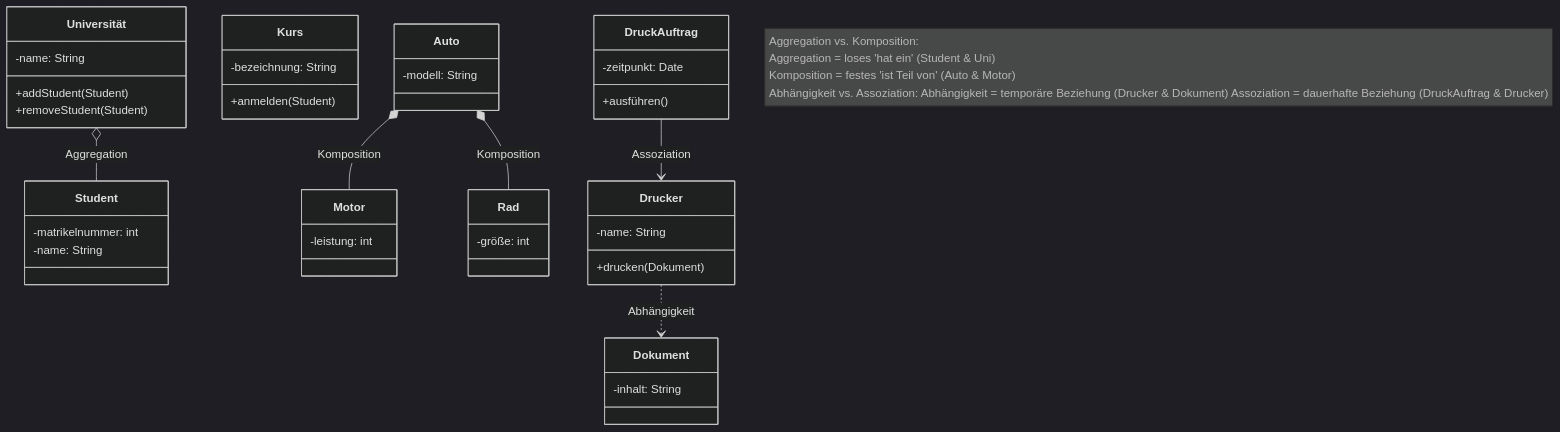
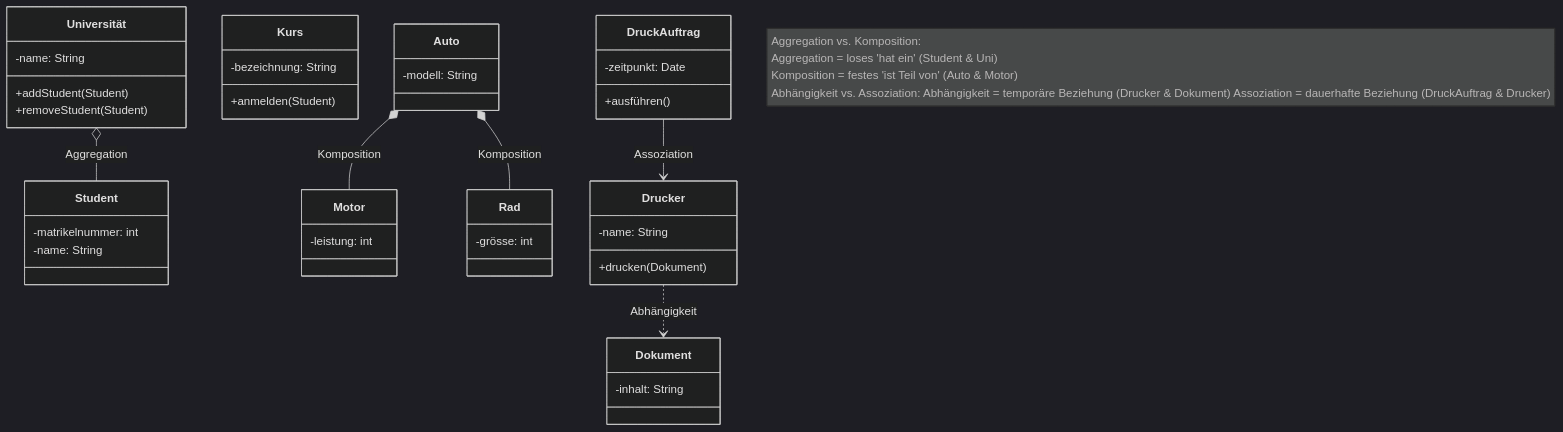
Before and after one commit to londi-wiki/base-wiki: the second of 2 diagrams in content/docs/swa/uml-overview.md, drawn with Mermaid (dark theme). The commit also changed 23 other files, not shown here.

````diff
--- a/content/docs/swa/uml-overview.md
+++ b/content/docs/swa/uml-overview.md
@@ -73,59 +73,59 @@
 ```mermaid
 classDiagram
     %% Aggregation vs. Komposition Beispiel
     class Universität {
         -name: String
         +addStudent(Student)
         +removeStudent(Student)
     }
     class Student {
         -matrikelnummer: int
         -name: String
     }
     class Kurs {
         -bezeichnung: String
         +anmelden(Student)
     }
     
     %% Der Student existiert auch ohne Universität
     Universität o-- Student : Aggregation
     
     class Auto {
         -modell: String
     }
     class Motor {
         -leistung: int
     }
     class Rad {
-        -größe: int
+        -grösse: int
     }
     %% Motor & Räder sind fest mit Auto verbunden
     Auto *-- Motor : Komposition
     Auto *-- Rad : Komposition
     
     %% Abhängigkeit vs. Assoziation Beispiel
     class Drucker {
         -name: String
         +drucken(Dokument)
     }
     class Dokument {
         -inhalt: String
     }
     class DruckAuftrag {
         -zeitpunkt: Date
         +ausführen()
     }
     
     %% Drucker nutzt temporär ein Dokument
     Drucker ..> Dokument : Abhängigkeit
     %% DruckAuftrag hat dauerhaften Bezug zum Drucker
     DruckAuftrag --> Drucker : Assoziation
 
     note "Aggregation vs. Komposition:
     Aggregation = loses 'hat ein' (Student & Uni)
     Komposition = festes 'ist Teil von' (Auto & Motor)
     
     Abhängigkeit vs. Assoziation:
     Abhängigkeit = temporäre Beziehung (Drucker & Dokument)
     Assoziation = dauerhafte Beziehung (DruckAuftrag & Drucker)"
 ```
````
